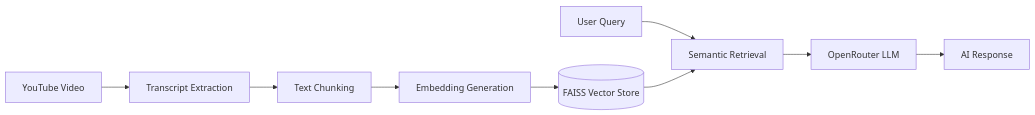
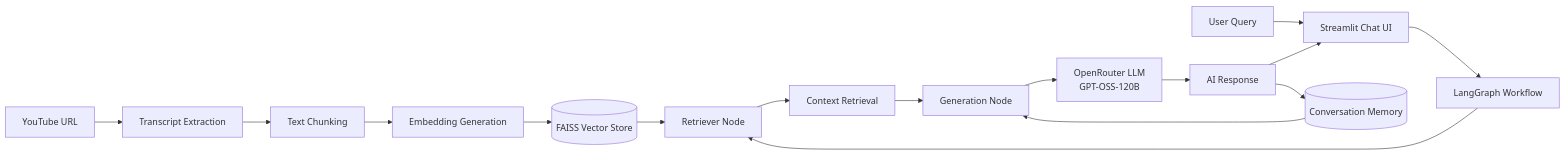
The diagram in README.md (Urahara0723/Youtube-Agentic-RAG-Chatbot), drawn with Mermaid before and after one commit.

Commit message:
Updated the Readme again

````diff
--- a/README.md
+++ b/README.md
@@ -121,13 +121,27 @@
 ```mermaid
 flowchart LR
-    A[YouTube Video] --> B[Transcript Extraction]
+
+    A[YouTube URL] --> B[Transcript Extraction]
     B --> C[Text Chunking]
     C --> D[Embedding Generation]
     D --> E[(FAISS Vector Store)]
 
-    Q[User Query] --> F[Semantic Retrieval]
-    E --> F
+    U[User Query] --> F[Streamlit Chat UI]
+    F --> G[LangGraph Workflow]
 
-    F --> G["OpenRouter LLM"]
-    G --> H[AI Response]
+    G --> H[Retriever Node]
+    E --> H
+
+    H --> I[Context Retrieval]
+
+    M[(Conversation Memory)]
+    M --> J[Generation Node]
+
+    I --> J
+
+    J --> K["OpenRouter LLM<br/>GPT-OSS-120B"]
+    K --> L[AI Response]
+
+    L --> M
+    L --> F
 ```
````
